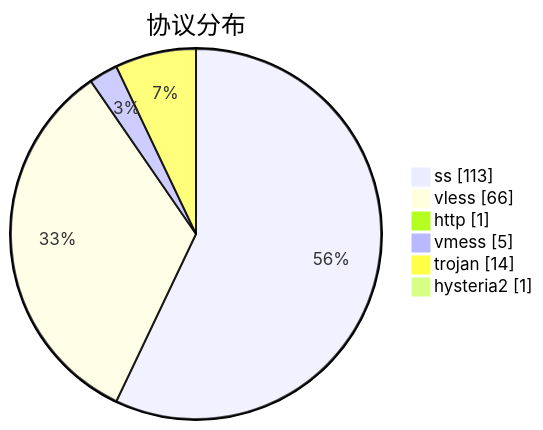
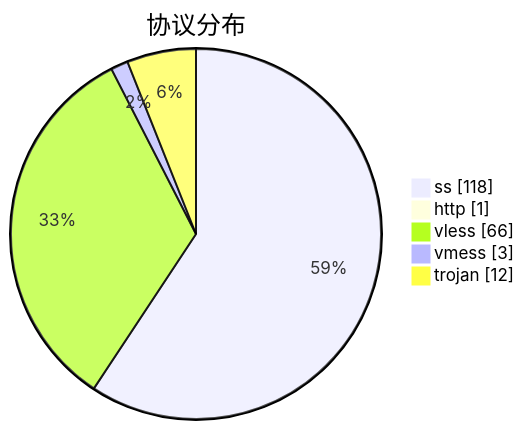
Before and after one commit to qjlxg/airport: the third of 3 diagrams in subs/statistics/tested_within.md, drawn with Mermaid. The commit also changed other lines of this file and 2 other files, not shown here.

````diff
--- a/subs/statistics/tested_within.md
+++ b/subs/statistics/tested_within.md
@@ -25,10 +26,9 @@
 ```mermaid
 pie showData
 title 协议分布
-"ss" : 113
+"ss" : 118
+"http" : 1
 "vless" : 66
-"http" : 1
-"vmess" : 5
-"trojan" : 14
-"hysteria2" : 1
+"vmess" : 3
+"trojan" : 12
 ```
````
